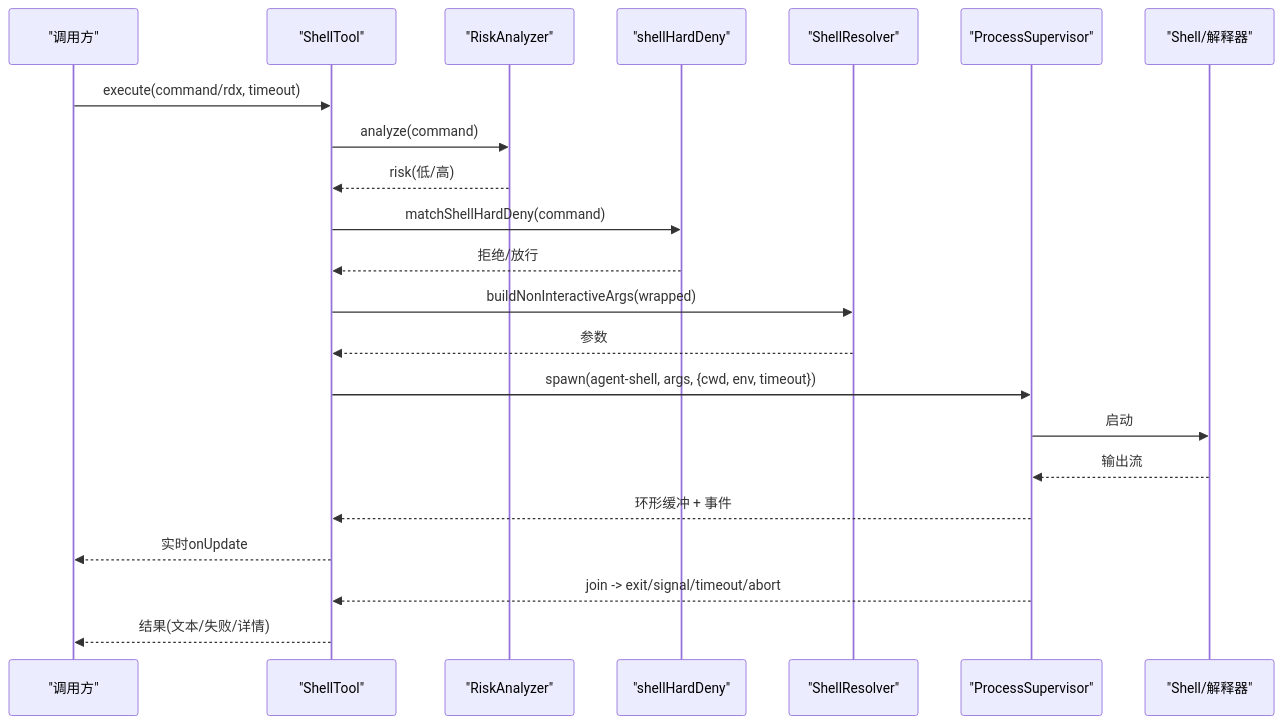
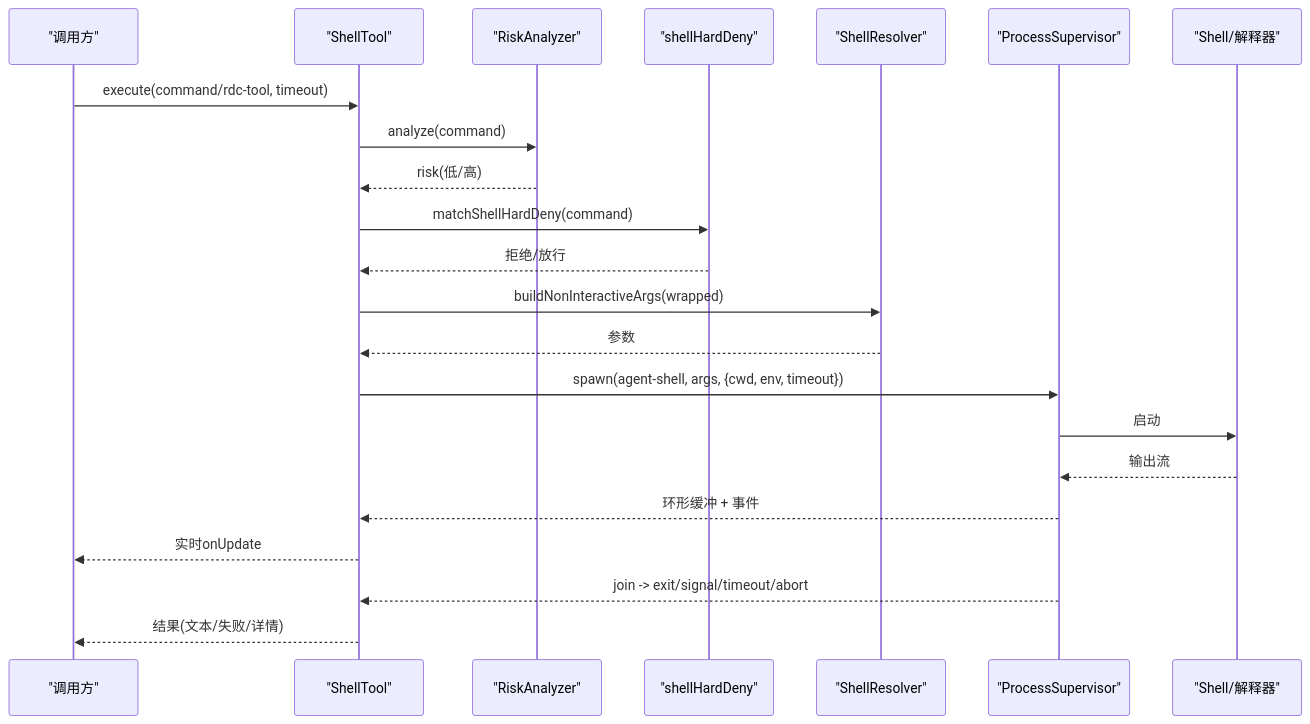
One commit to haolange/RDC-Agent changed the fourth of 6 diagrams in .qoder/repowiki/zh/content/扩展开发/自定义 Tool 开发/内置工具示例/代码执行工具.md. Above: the diagram before and after it, drawn with Mermaid. The commit also changed other lines of this file and 557 other files, not shown here.

First line of the commit message:
Unify RDC-Agent identity and canonical RDC-Tool integration

````diff
--- a/.qoder/repowiki/zh/content/扩展开发/自定义 Tool 开发/内置工具示例/代码执行工具.md
+++ b/.qoder/repowiki/zh/content/扩展开发/自定义 Tool 开发/内置工具示例/代码执行工具.md
@@ -218,24 +218,24 @@
 ```mermaid
 sequenceDiagram
 participant U as "调用方"
 participant ST as "ShellTool"
 participant RA as "RiskAnalyzer"
 participant HD as "shellHardDeny"
 participant SR as "ShellResolver"
 participant PS as "ProcessSupervisor"
 participant SH as "Shell/解释器"
-U->>ST : execute(command/rdx, timeout)
+U->>ST : execute(command/rdc-tool, timeout)
 ST->>RA : analyze(command)
 RA-->>ST : risk(低/高)
 ST->>HD : matchShellHardDeny(command)
 HD-->>ST : 拒绝/放行
 ST->>SR : buildNonInteractiveArgs(wrapped)
 SR-->>ST : 参数
 ST->>PS : spawn(agent-shell, args, {cwd, env, timeout})
 PS->>SH : 启动
 SH-->>PS : 输出流
 PS-->>ST : 环形缓冲 + 事件
 ST-->>U : 实时onUpdate
 PS-->>ST : join -> exit/signal/timeout/abort
 ST-->>U : 结果(文本/失败/详情)
 ```
````
